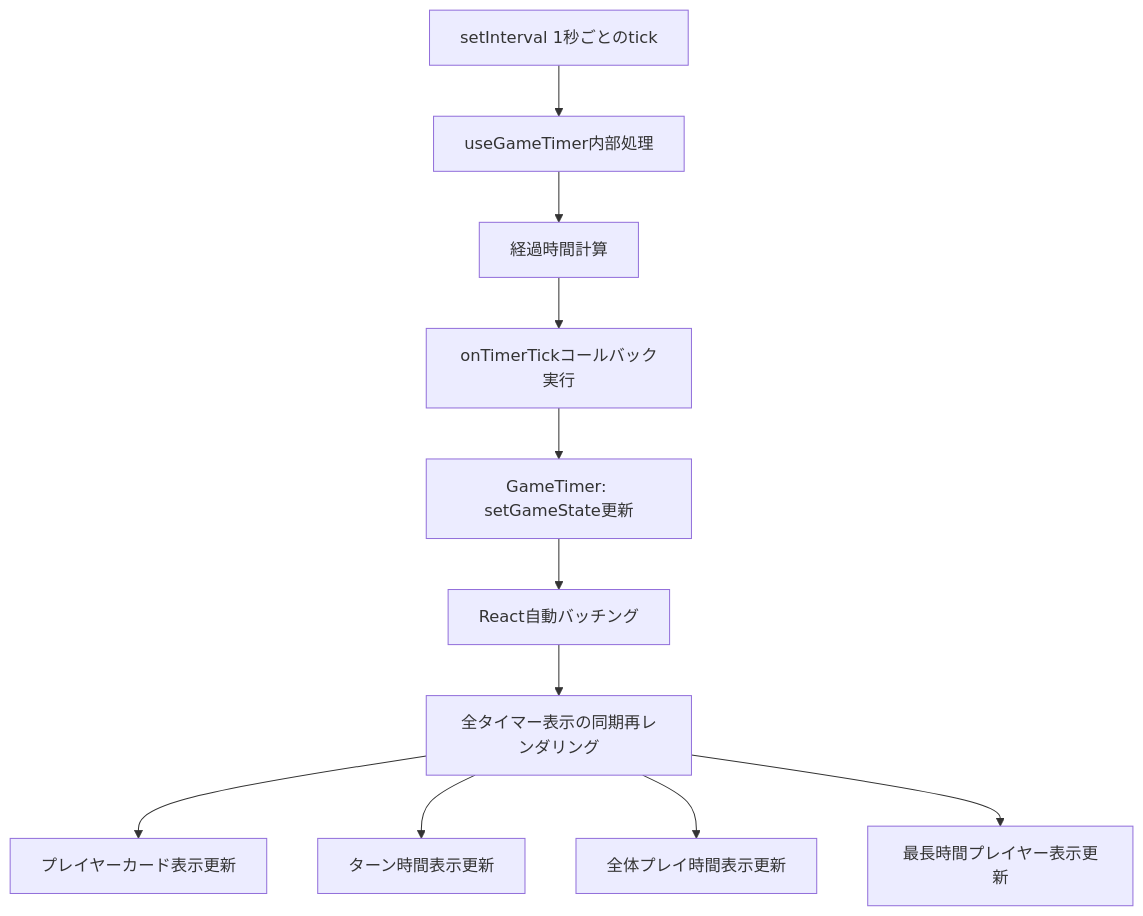
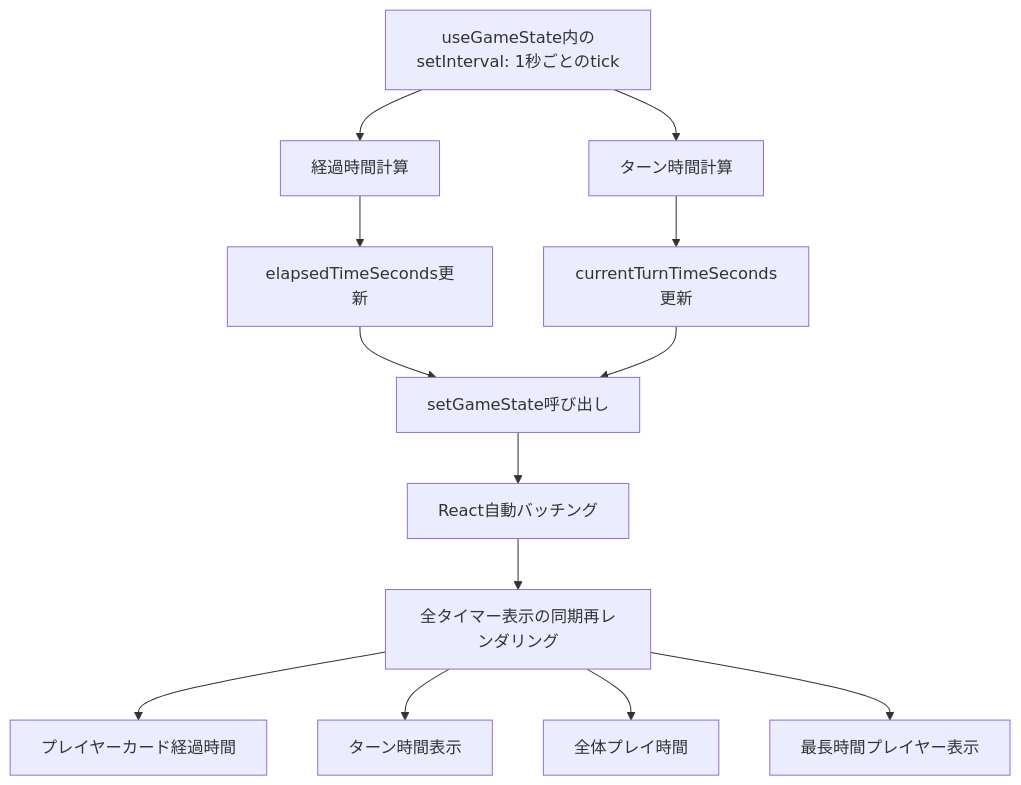
One commit to Jillrinn/tickTackFour changed the second of 5 diagrams in .kiro/specs/timer-synchronization/design.md. Above: the diagram before and after it, drawn with Mermaid. The commit also changed other lines of this file and 2 other files, not shown here.

First line of the commit message:
設計更新: timer-synchronization - 根本原因に基づく包括的設計

````diff
--- a/.kiro/specs/timer-synchronization/design.md
+++ b/.kiro/specs/timer-synchronization/design.md
@@ -150,13 +166,15 @@
 ```mermaid
 graph TB
-    A[setInterval 1秒ごとのtick] --> B[useGameTimer内部処理]
-    B --> C[経過時間計算]
-    C --> D[onTimerTickコールバック実行]
-    D --> E[GameTimer: setGameState更新]
-    E --> F[React自動バッチング]
-    F --> G[全タイマー表示の同期再レンダリング]
-    G --> H[プレイヤーカード表示更新]
-    G --> I[ターン時間表示更新]
-    G --> J[全体プレイ時間表示更新]
-    G --> K[最長時間プレイヤー表示更新]
+    A[useGameState内のsetInterval: 1秒ごとのtick] --> B[経過時間計算]
+    B --> C[elapsedTimeSeconds更新]
+    A --> D[ターン時間計算]
+    D --> E[currentTurnTimeSeconds更新]
+    C --> F[setGameState呼び出し]
+    E --> F
+    F --> G[React自動バッチング]
+    G --> H[全タイマー表示の同期再レンダリング]
+    H --> I[プレイヤーカード経過時間]
+    H --> J[ターン時間表示]
+    H --> K[全体プレイ時間]
+    H --> L[最長時間プレイヤー表示]
 ```
````
